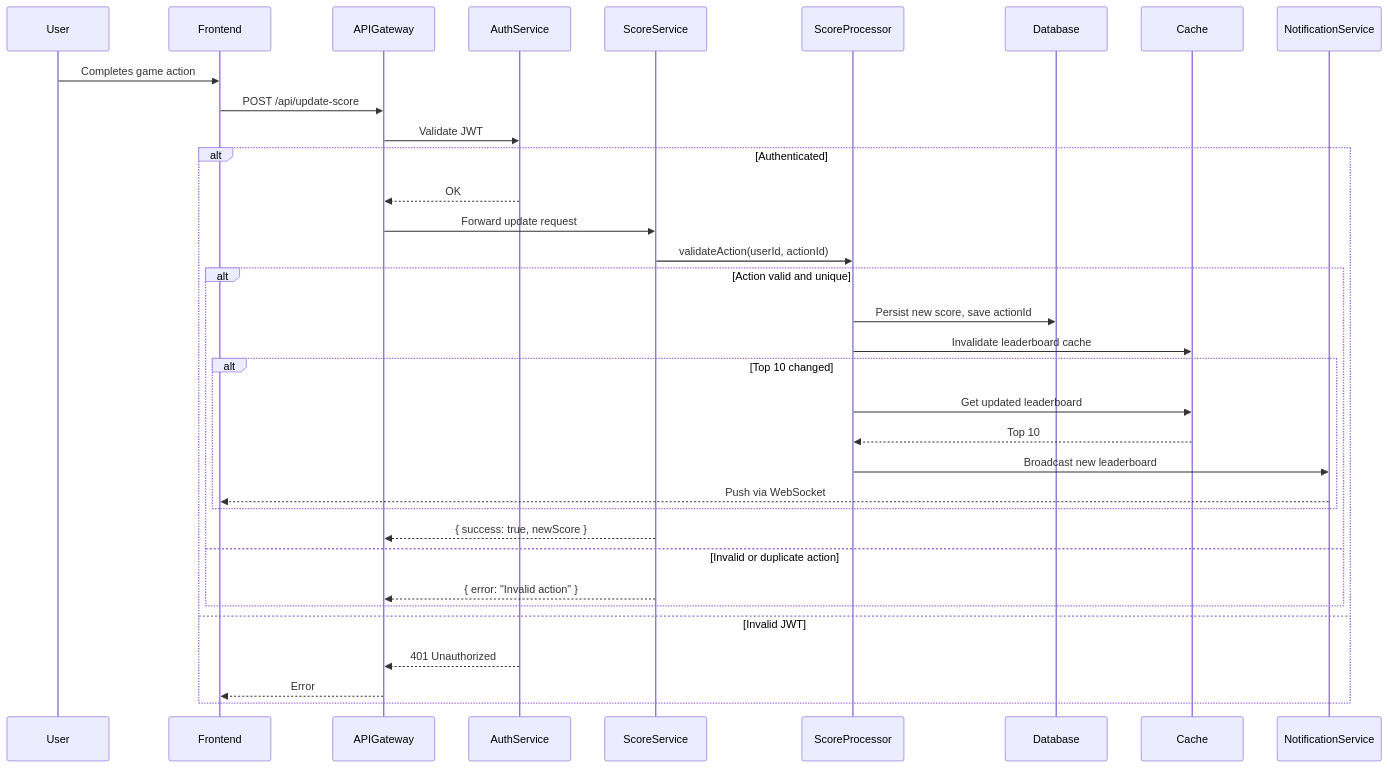
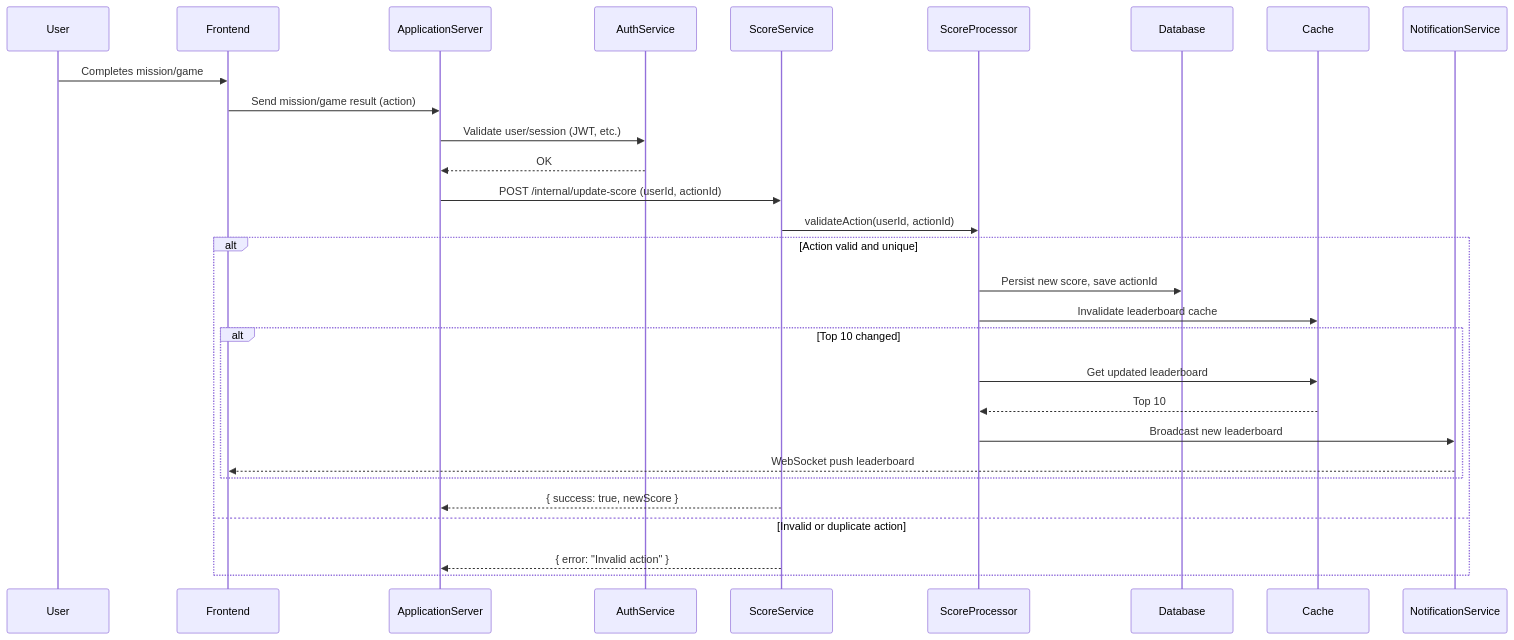
The diagram in src/problem6_architecture/README.md (RyseUp/99tech-backend-challenge), drawn with Mermaid before and after one commit.

Commit message:
feat(problem-6): update logic flow in prolem 6

````diff
--- a/src/problem6_architecture/README.md
+++ b/src/problem6_architecture/README.md
@@ -55,39 +55,37 @@
 ```mermaid
 sequenceDiagram
   participant User
   participant Frontend
-  participant APIGateway
+  participant ApplicationServer
   participant AuthService
   participant ScoreService
   participant ScoreProcessor
   participant Database
   participant Cache
   participant NotificationService
 
-  User->>Frontend: Completes game action
-  Frontend->>APIGateway: POST /api/update-score
-  APIGateway->>AuthService: Validate JWT
+  User->>Frontend: Completes mission/game
+  Frontend->>ApplicationServer: Send mission/game result (action)
 
-  alt Authenticated
-    AuthService-->>APIGateway: OK
-    APIGateway->>ScoreService: Forward update request
-    ScoreService->>ScoreProcessor: validateAction(userId, actionId)
+  ApplicationServer->>AuthService: Validate user/session (JWT, etc.)
+  AuthService-->>ApplicationServer: OK
 
-    alt Action valid and unique
-      ScoreProcessor->>Database: Persist new score, save actionId
-      ScoreProcessor->>Cache: Invalidate leaderboard cache
-      alt Top 10 changed
-        ScoreProcessor->>Cache: Get updated leaderboard
-        Cache-->>ScoreProcessor: Top 10
-        ScoreProcessor->>NotificationService: Broadcast new leaderboard
-        NotificationService-->>Frontend: Push via WebSocket
-      end
-      ScoreService-->>APIGateway: { success: true, newScore }
-    else Invalid or duplicate action
-      ScoreService-->>APIGateway: { error: "Invalid action" }
+  ApplicationServer->>ScoreService: POST /internal/update-score (userId, actionId)
+
+  ScoreService->>ScoreProcessor: validateAction(userId, actionId)
+
+  alt Action valid and unique
+    ScoreProcessor->>Database: Persist new score, save actionId
+    ScoreProcessor->>Cache: Invalidate leaderboard cache
+    alt Top 10 changed
+      ScoreProcessor->>Cache: Get updated leaderboard
+      Cache-->>ScoreProcessor: Top 10
+      ScoreProcessor->>NotificationService: Broadcast new leaderboard
+      NotificationService-->>Frontend: WebSocket push leaderboard
     end
-  else Invalid JWT
-    AuthService-->>APIGateway: 401 Unauthorized
-    APIGateway-->>Frontend: Error
+    ScoreService-->>ApplicationServer: { success: true, newScore }
+  else Invalid or duplicate action
+    ScoreService-->>ApplicationServer: { error: "Invalid action" }
   end
+
 ```
````
